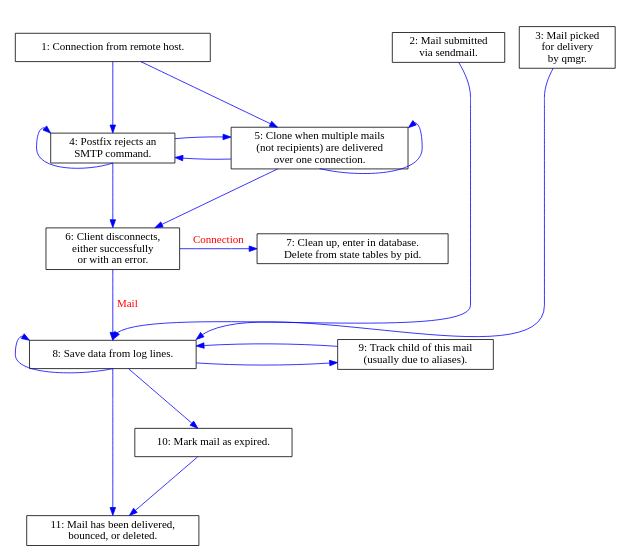
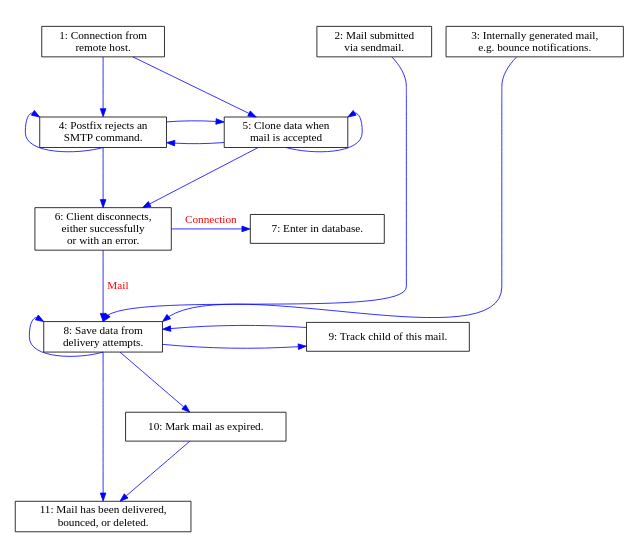
One commit to tobinjt/ASO changed the diagram in doc/logparser-flow-chart-part-1.dot. Above: the diagram before and after it, drawn with Graphviz. The commit also changed 2 other files, not shown here.

Commit message:
Corrections/improvements based on Carl's comments. Improved the flow chart, rewriting labels and making it easier to read.

```diff
--- a/doc/logparser-flow-chart-part-1.dot
+++ b/doc/logparser-flow-chart-part-1.dot
@@ -1,108 +1,108 @@
 /* vim: set textwidth=160 : */
 /* $Id$ */
 
 digraph logparser {
     graph [
         /* This seems to be width, height - but they interact strangely, so 
          * I'm never sure.
          */
-        size = "5.3, 8.4"
+        size = "5.4, 8.4"
         margin = "0"
         center = true
     ]
     node [
         shape = box
     ]
     edge [
         color = blue
         fontcolor = red
         minlen = 2
     ]
 
     /* EDGES */
     /* Connect from client */
     connect                         -> { rejection } [weight = 5]
     rejection                       -> { rejection } [dir = back, headport = s, tailport = nw]
     rejection                       -> { disconnect } [weight = 5]
     connect                         -> { clone }
     clone                           -> { clone } [dir = back, headport = s, tailport = ne]
     clone                           -> { disconnect }
     clone                           -> { rejection }
     rejection                       -> { clone }
 
     /* Disconnect without queueid */
     disconnect                      -> { fixup_enter_in_db_disconnect } [weight = 5, label = "Connection" ]
 
     /* Disconnect with queueid */
     disconnect                      -> { save_by_queueid } [weight = 5, label = " Mail" ]
 
     /* Misc entry */
+    qmgr_chooses_mail               -> { save_by_queueid } [headport = ne]
     pickup                          -> { save_by_queueid } [headport = n]
-    qmgr_chooses_mail               -> { save_by_queueid } [headport = ne]
     /* Graph placement */
+    connect                         -> { qmgr_chooses_mail } [style = invis, weight = 0]
     connect                         -> { pickup } [style = invis, weight = 0]
-    connect                         -> { qmgr_chooses_mail } [style = invis, weight = 0]
 
     /* Save results by queueid */
     save_by_queueid                 -> { track } [minlen = 5]
     track                           -> { save_by_queueid }
     save_by_queueid                 -> { save_by_queueid } [dir = back, headport = s, tailport = nw]
     save_by_queueid                 -> { commit } [weight = 10]
 
     /* Expired mails */
     save_by_queueid                 -> { expiry }
     expiry                          -> { commit } [weight = 0]
 
     /* NODE LABELS */
     rejection                       [label = "4: Postfix rejects an\nSMTP command."]
-    connect                         [label = "1: Connection from remote host."]
-    clone                           [label = "5: Clone when multiple mails\n(not recipients) are delivered\nover one connection."]
+    connect                         [label = "1: Connection from\nremote host."]
+    clone                           [label = "5: Clone data when\nmail is accepted"]
 
     /* Disconnect without queueid */
     disconnect                      [label = "6: Client disconnects,\neither successfully\nor with an error."]
-    fixup_enter_in_db_disconnect    [label = "7: Clean up, enter in database.\nDelete from state tables by pid."]
+    fixup_enter_in_db_disconnect    [label = "7: Enter in database."]
 
     /* Disconnect with queueid - already covered */
 
     /* Misc entry */
     pickup                          [label = "2: Mail submitted\nvia sendmail."]
-    qmgr_chooses_mail               [label = "3: Mail picked \nfor delivery\nby qmgr."]
+    qmgr_chooses_mail               [label = "3: Internally generated mail,\ne.g. bounce notifications."]
 
     /* Save results by queueid */
-    save_by_queueid                 [label = "8: Save data from log lines."]
-    track                           [label = "9: Track child of this mail\n(usually due to aliases)."]
+    save_by_queueid                 [label = "8: Save data from\ndelivery attempts."]
+    track                           [label = "9: Track child of this mail."]
 
     /* Expiry */
     expiry                          [label = "10: Mark mail as expired."]
 
     /* Commit is complicated */
     /* Neither parent nor child. */
     commit                          [label = "11: Mail has been delivered,\nbounced, or deleted."]
 
     /* SUB-GRAPHS */
     subgraph sources {
         rank = source
         pickup
         qmgr_chooses_mail
         connect
     }
 
     subgraph clone_or_save {
         rank = same
         clone
         rejection
     }
 
     subgraph disconnect_without_queueid {
         rank = same
         disconnect
         fixup_enter_in_db_disconnect
     }
 
     subgraph save_or_track {
         rank = same
         track
         save_by_queueid
     }
 
 }
```
